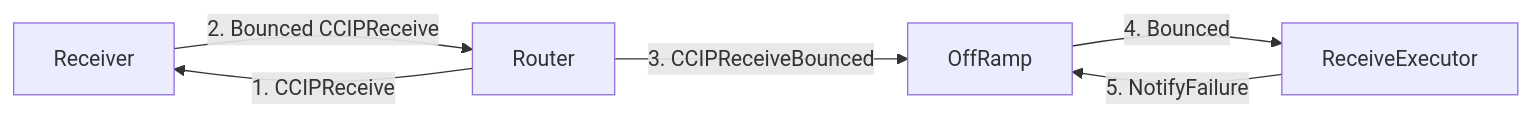
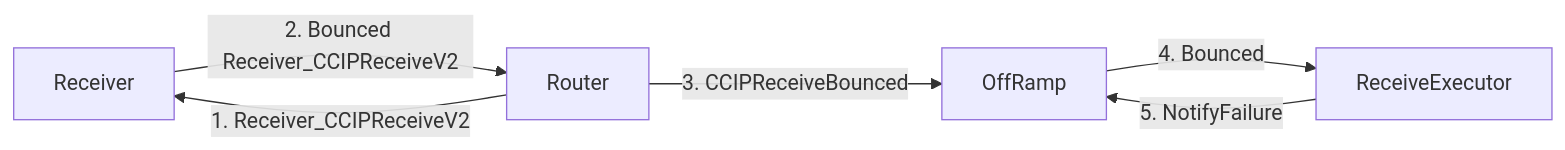
One commit to smartcontractkit/chainlink-ton changed the fifth of 6 diagrams in docs/contracts/overview/ccip/offramp/arbitrary-msg.md. Above: the diagram before and after it, drawn with Mermaid. The commit also changed other lines of this file and 31 other files, not shown here.

First line of the commit message:
[NONEVM-5608] Fix Receiver_CCIPReceive potential overflow (#841)

````diff
--- a/docs/contracts/overview/ccip/offramp/arbitrary-msg.md
+++ b/docs/contracts/overview/ccip/offramp/arbitrary-msg.md
@@ -172,13 +172,13 @@
 ```mermaid
 graph LR
     RCV["Receiver"]
     R["Router"]
     OFR["OffRamp"]
     RE["ReceiveExecutor"]
 
-    R -->|1. CCIPReceive| RCV
-    RCV -->|2. Bounced CCIPReceive| R
+    R -->|1. Receiver_CCIPReceiveV2| RCV
+    RCV -->|2. Bounced Receiver_CCIPReceiveV2| R
     R -->|3. CCIPReceiveBounced| OFR
     OFR -->|4. Bounced| RE
     RE -->|5. NotifyFailure| OFR
 ```
````
